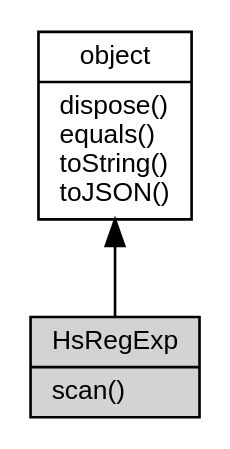
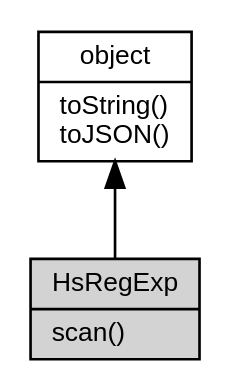
One commit to asionius/fibjs-ceph changed the diagram in docs/object/ifs/HsRegExp.md. Above: the diagram before and after it, drawn with Graphviz. The commit also changed other lines of this file and 138 other files, not shown here.

````diff
--- a/docs/object/ifs/HsRegExp.md
+++ b/docs/object/ifs/HsRegExp.md
@@ -12,10 +12,10 @@
 ```dot
 digraph {
     node [fontname="Helvetica,sans-Serif", fontsize=10, shape="record", style="filled", fillcolor="white"];
 
-    object [tooltip="object", URL="object.md", label="{object|dispose()\lequals()\ltoString()\ltoJSON()\l}"];
-    HsRegExp [tooltip="HsRegExp", fillcolor="lightgray", label="{HsRegExp|scan()\l}"];
+    object [tooltip="object", URL="object.md", label="{object|toString()\ltoJSON()\l}"];
+    HsRegExp [tooltip="HsRegExp", fillcolor="lightgray", id="me", label="{HsRegExp|scan()\l}"];
 
     object -> HsRegExp [dir=back];
 }
 ```
````
